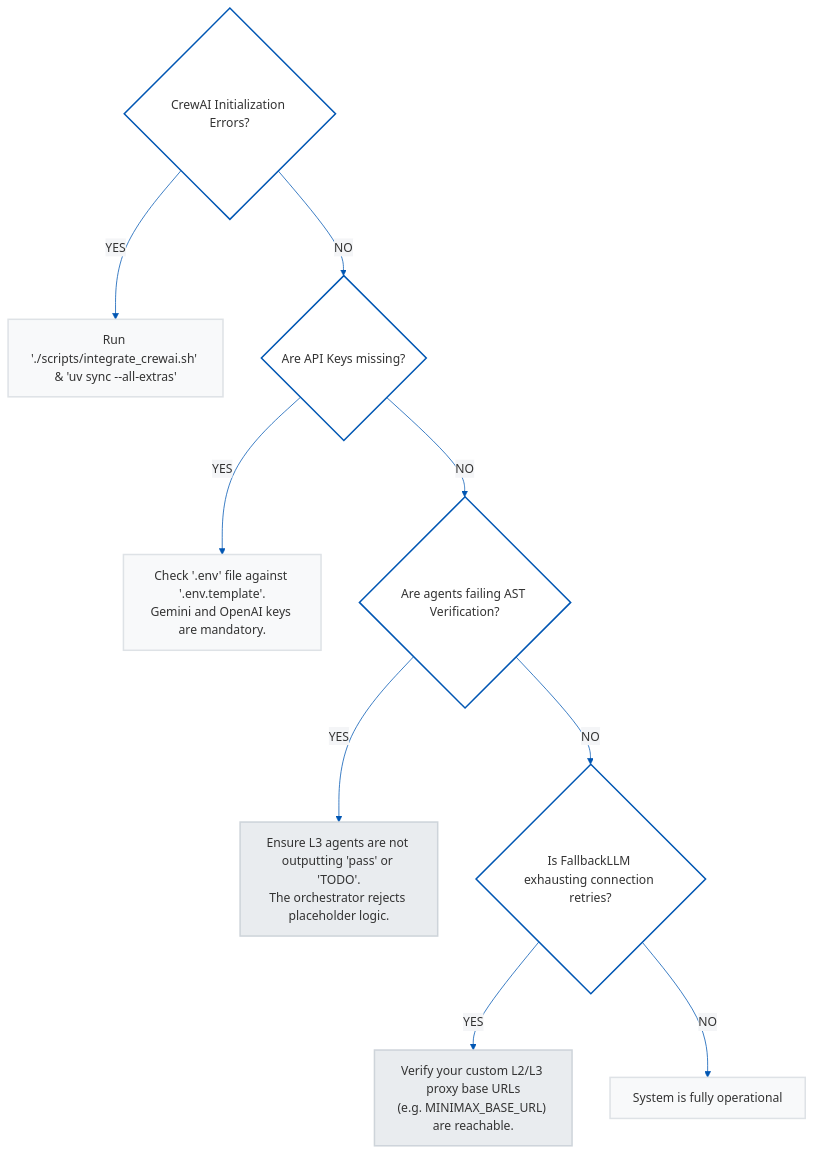
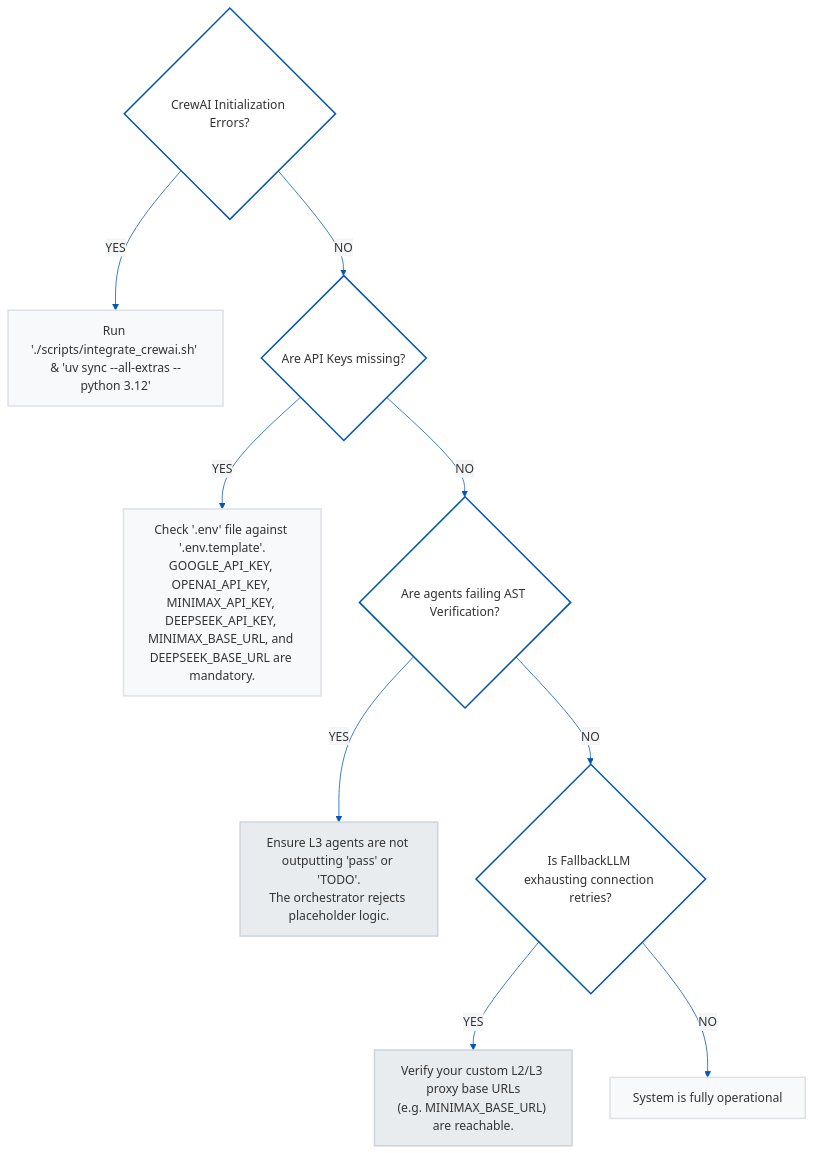
Before and after one commit to Victordtesla24/3-tier-multi-agent-architecture: the third of 3 diagrams in README.md, drawn with Mermaid. The commit also changed other lines of this file and 36 other files, not shown here.

````diff
--- a/README.md
+++ b/README.md
@@ -302,21 +305,21 @@
 ```mermaid
 %%{init: {'theme': 'base', 'themeVariables': { 'primaryColor': '#ffffff', 'primaryTextColor': '#333333', 'primaryBorderColor': '#cccccc', 'lineColor': '#0056b3', 'secondaryColor': '#f4f5f7', 'tertiaryColor': '#e1e4e8'}}}%%
 graph TD
     %% Executive Styling
     classDef query fill:#ffffff,stroke:#0056b3,stroke-width:2px,color:#333333;
     classDef action fill:#f8f9fa,stroke:#dee2e6,stroke-width:2px,color:#333333;
     classDef warning fill:#e9ecef,stroke:#ced4da,stroke-width:2px,color:#333333;
 
     Q1{"CrewAI Initialization Errors?"}:::query
-    Q1 -- YES --> A1["Run './scripts/integrate_crewai.sh' & 'uv sync --all-extras'"]:::action
+    Q1 -- YES --> A1["Run './scripts/integrate_crewai.sh' & 'uv sync --all-extras --python 3.12'"]:::action
     Q1 -- NO --> Q2{"Are API Keys missing?"}:::query
 
-    Q2 -- YES --> A2["Check '.env' file against '.env.template'.<br/>Gemini and OpenAI keys are mandatory."]:::action
+    Q2 -- YES --> A2["Check '.env' file against '.env.template'.<br/>GOOGLE_API_KEY, OPENAI_API_KEY, MINIMAX_API_KEY, DEEPSEEK_API_KEY, MINIMAX_BASE_URL, and DEEPSEEK_BASE_URL are mandatory."]:::action
     Q2 -- NO --> Q3{"Are agents failing AST Verification?"}:::query
 
     Q3 -- YES --> A3["Ensure L3 agents are not outputting 'pass' or 'TODO'.<br/>The orchestrator rejects placeholder logic."]:::warning
     Q3 -- NO --> Q4{"Is FallbackLLM exhausting connection retries?"}:::query
 
     Q4 -- YES --> A4["Verify your custom L2/L3 proxy base URLs<br/>(e.g. MINIMAX_BASE_URL) are reachable."]:::warning
     Q4 -- NO --> OPT["System is fully operational"]:::action
 ```
````
